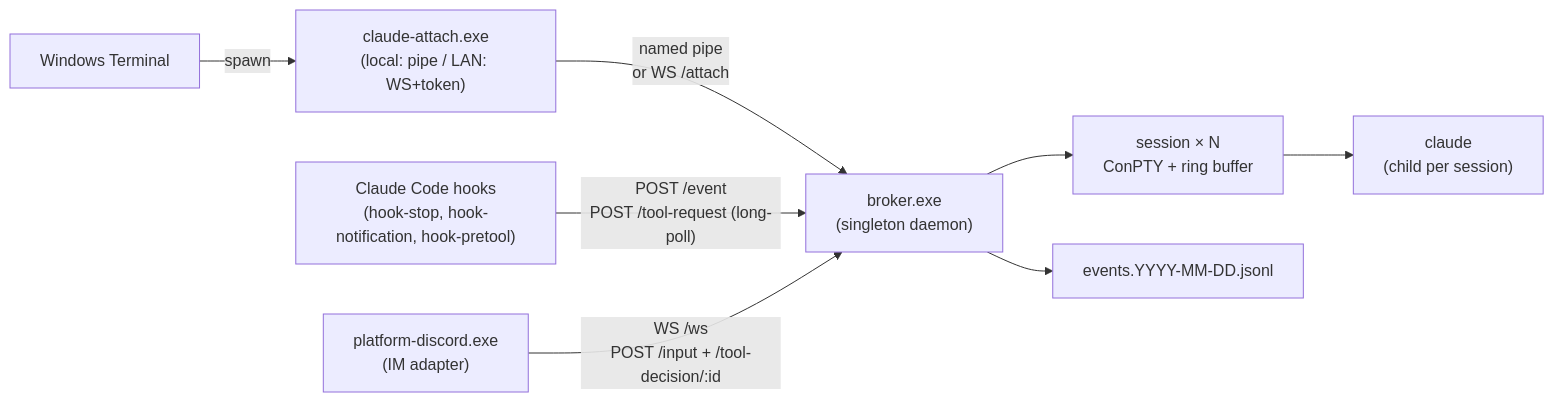
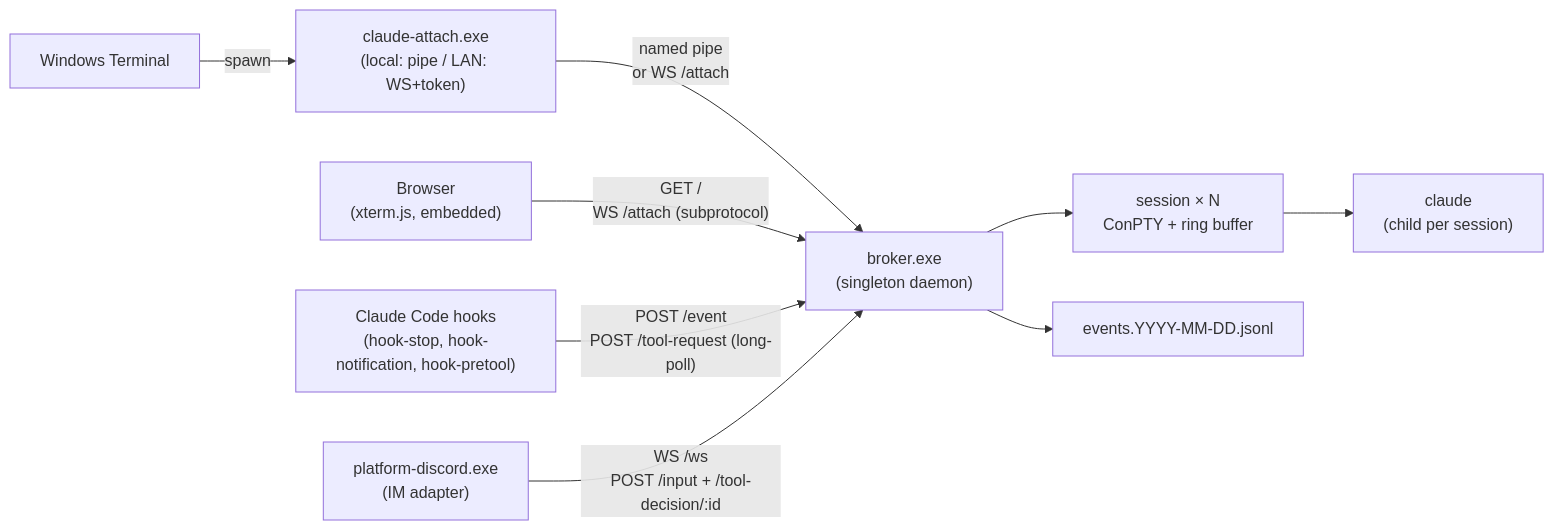
Before and after one commit to TornLux/agentmux: the diagram in README.md, drawn with Mermaid. The commit also changed other lines of this file and 3 other files, not shown here.

````diff
--- a/README.md
+++ b/README.md
@@ -47,19 +48,21 @@
 ```mermaid
 flowchart LR
     Term["Windows Terminal"]
+    Browser["Browser<br/>(xterm.js, embedded)"]
     Hooks["Claude Code hooks<br/>(hook-stop, hook-notification, hook-pretool)"]
     Attach["claude-attach.exe<br/>(local: pipe / LAN: WS+token)"]
     Discord["platform-discord.exe<br/>(IM adapter)"]
     Broker["broker.exe<br/>(singleton daemon)"]
     Sess["session × N<br/>ConPTY + ring buffer"]
     Claude["claude<br/>(child per session)"]
     Events["events.YYYY-MM-DD.jsonl"]
 
     Term -- "spawn" --> Attach
     Attach -- "named pipe<br/>or WS /attach" --> Broker
+    Browser -- "GET /<br/>WS /attach (subprotocol)" --> Broker
     Hooks -- "POST /event<br/>POST /tool-request (long-poll)" --> Broker
     Discord -- "WS /ws<br/>POST /input + /tool-decision/:id" --> Broker
     Broker --> Sess
     Sess --> Claude
     Broker --> Events
 ```
````
